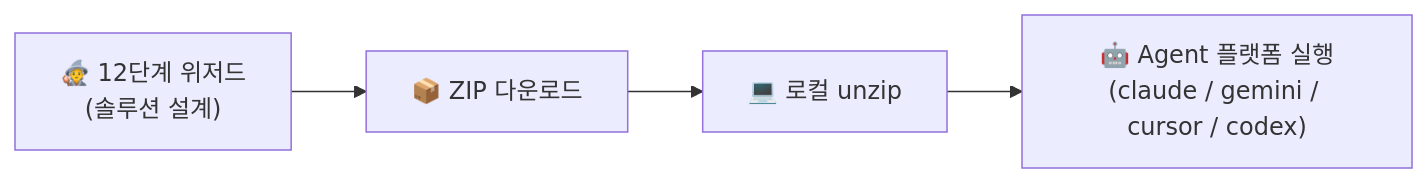
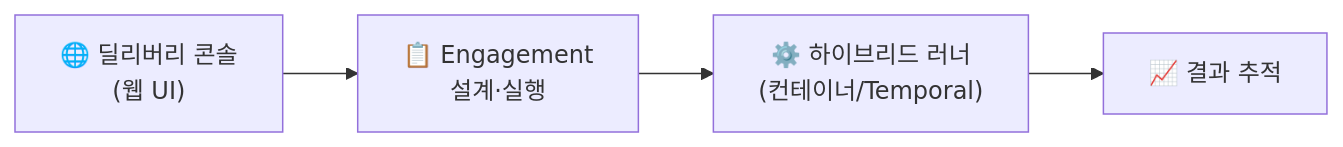
One commit to 2kwanghee/24SevenClaw changed the first of 6 diagrams in clickeye/🔄 프로세스맵.md. Above: the diagram before and after it, drawn with Mermaid. The commit also changed other lines of this file and 42 other files, not shown here.

````diff
--- a/clickeye/🔄 프로세스맵.md
+++ b/clickeye/🔄 프로세스맵.md
@@ -11,6 +11,6 @@
 ```mermaid
 flowchart LR
-    W["🧙 12단계 위저드<br/>(솔루션 설계)"] --> Z["📦 ZIP 다운로드"]
-    Z --> U["💻 로컬 unzip"]
-    U --> A["🤖 Agent 플랫폼 실행<br/>(claude / gemini / cursor / codex)"]
+    DC["🌐 딜리버리 콘솔<br/>(웹 UI)"] --> ENG["📋 Engagement<br/>설계·실행"]
+    ENG --> HYB["⚙️ 하이브리드 러너<br/>(컨테이너/Temporal)"]
+    HYB --> TRK["📈 결과 추적"]
 ```
````
